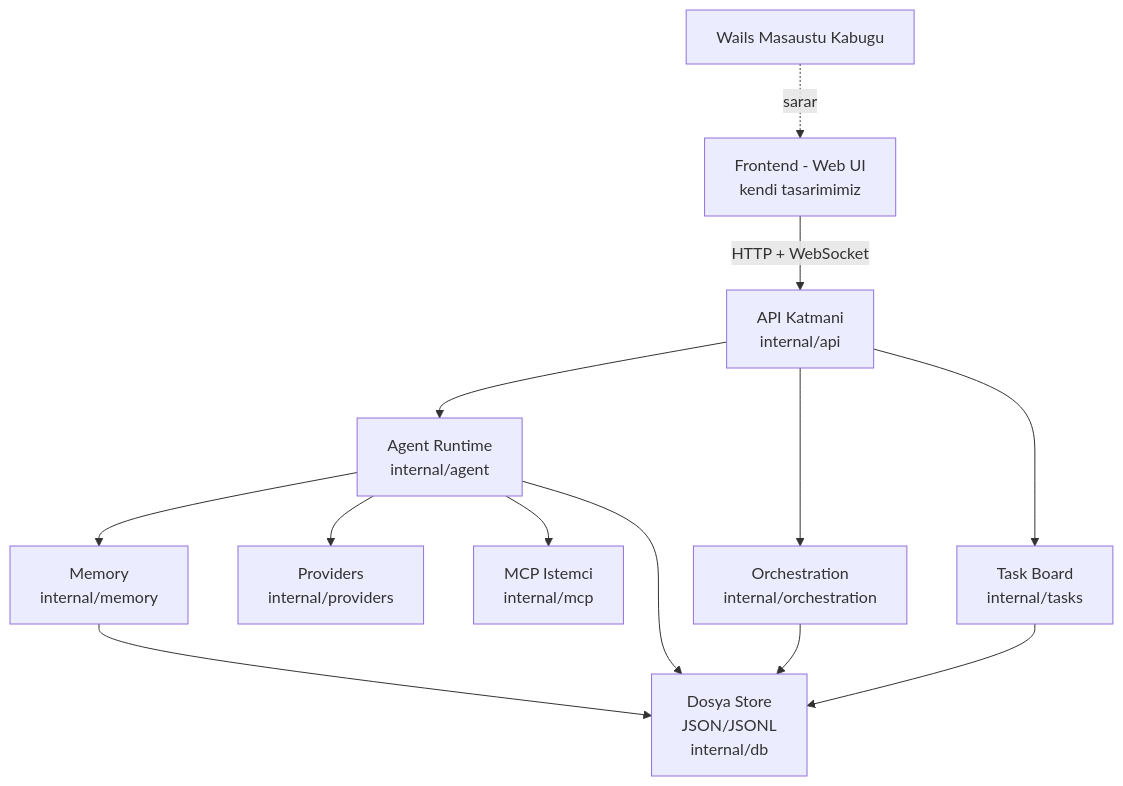
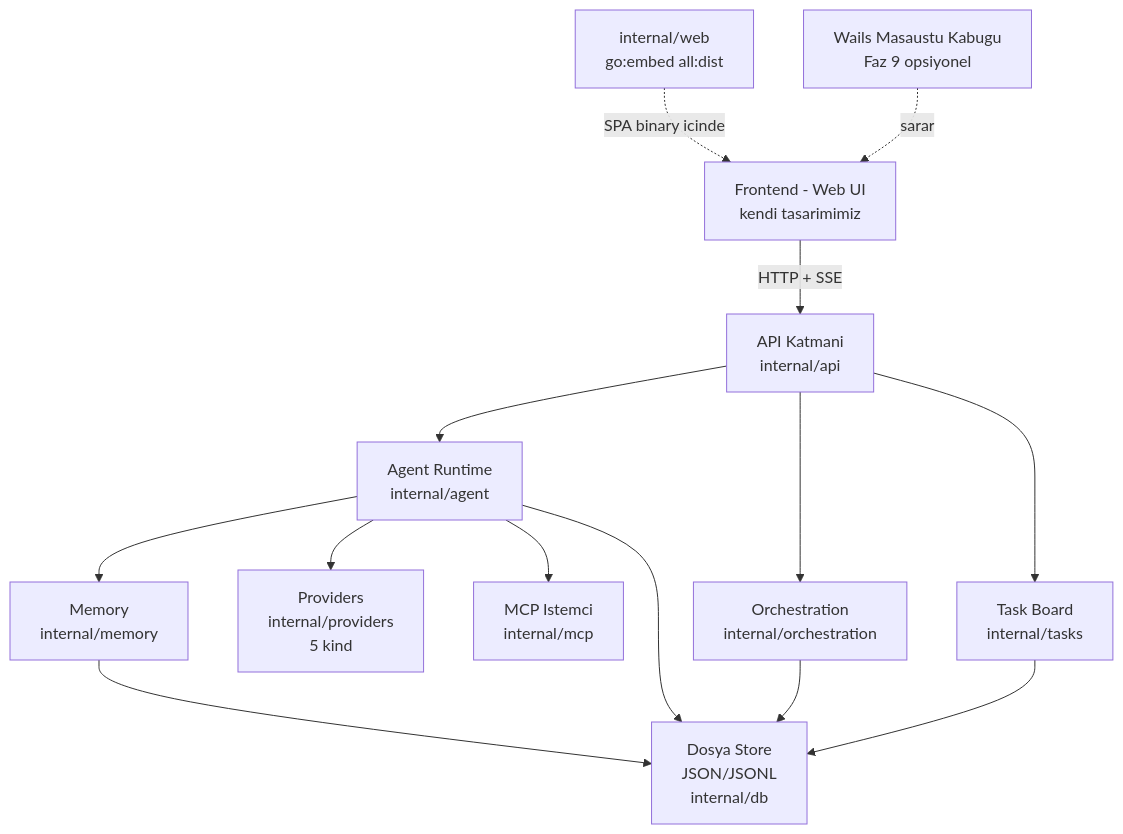
One commit to bilal-arikan/tionharness changed the first of 2 diagrams in _Docs/01-MIMARI.md. Above: the diagram before and after it, drawn with Mermaid. The commit also changed other lines of this file and 23 other files, not shown here.

````diff
--- a/_Docs/01-MIMARI.md
+++ b/_Docs/01-MIMARI.md
@@ -5,15 +5,16 @@
 ```mermaid
 graph TD
-    UI[Frontend - Web UI<br/>kendi tasarimimiz] -->|HTTP + WebSocket| API[API Katmani<br/>internal/api]
+    UI[Frontend - Web UI<br/>kendi tasarimimiz] -->|HTTP + SSE| API[API Katmani<br/>internal/api]
     API --> RT[Agent Runtime<br/>internal/agent]
     API --> ORC[Orchestration<br/>internal/orchestration]
     API --> TASK[Task Board<br/>internal/tasks]
     RT --> MEM[Memory<br/>internal/memory]
-    RT --> PROV[Providers<br/>internal/providers]
+    RT --> PROV[Providers<br/>internal/providers<br/>5 kind]
     RT --> MCP[MCP Istemci<br/>internal/mcp]
     MEM --> DB[Dosya Store<br/>JSON/JSONL<br/>internal/db]
     TASK --> DB
     RT --> DB
     ORC --> DB
-    WAILS[Wails Masaustu Kabugu] -.sarar.-> UI
+    EMBED[internal/web<br/>go:embed all:dist] -.SPA binary icinde.-> UI
+    WAILS[Wails Masaustu Kabugu<br/>Faz 9 opsiyonel] -.sarar.-> UI
 ```
````
